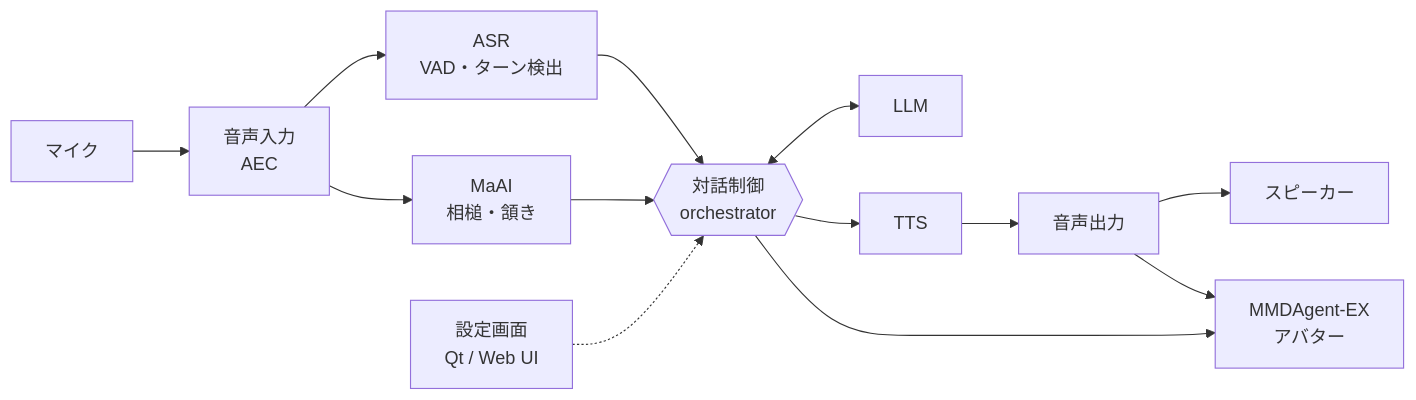
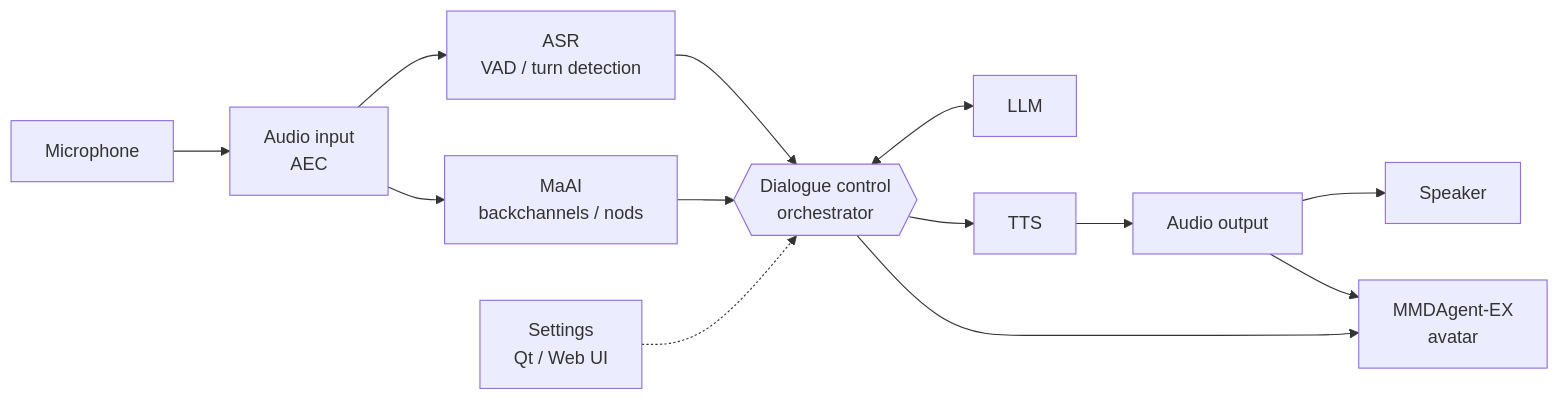
The diagram in README.md (MaAI-Kyoto/MaAI-SDS), drawn with Mermaid before and after one commit. The commit also changed other lines of this file and 3 other files, not shown here.

````diff
--- a/README.md
+++ b/README.md
@@ -52,15 +58,15 @@
 ```mermaid
 flowchart LR
-    MIC[マイク] --> AIN[音声入力<br/>AEC]
-    AIN --> ASR[ASR<br/>VAD・ターン検出]
-    AIN --> MAAI[MaAI<br/>相槌・頷き]
-    ASR --> ORC{{対話制御<br/>orchestrator}}
+    MIC[Microphone] --> AIN[Audio input<br/>AEC]
+    AIN --> ASR[ASR<br/>VAD / turn detection]
+    AIN --> MAAI[MaAI<br/>backchannels / nods]
+    ASR --> ORC{{Dialogue control<br/>orchestrator}}
     MAAI --> ORC
     ORC <--> LLM[LLM]
     ORC --> TTS[TTS]
-    TTS --> AOUT[音声出力]
-    AOUT --> SPK[スピーカー]
-    AOUT --> MMD[MMDAgent-EX<br/>アバター]
+    TTS --> AOUT[Audio output]
+    AOUT --> SPK[Speaker]
+    AOUT --> MMD[MMDAgent-EX<br/>avatar]
     ORC --> MMD
-    UI[設定画面<br/>Qt / Web UI] -.-> ORC
+    UI[Settings<br/>Qt / Web UI] -.-> ORC
 ```
````
